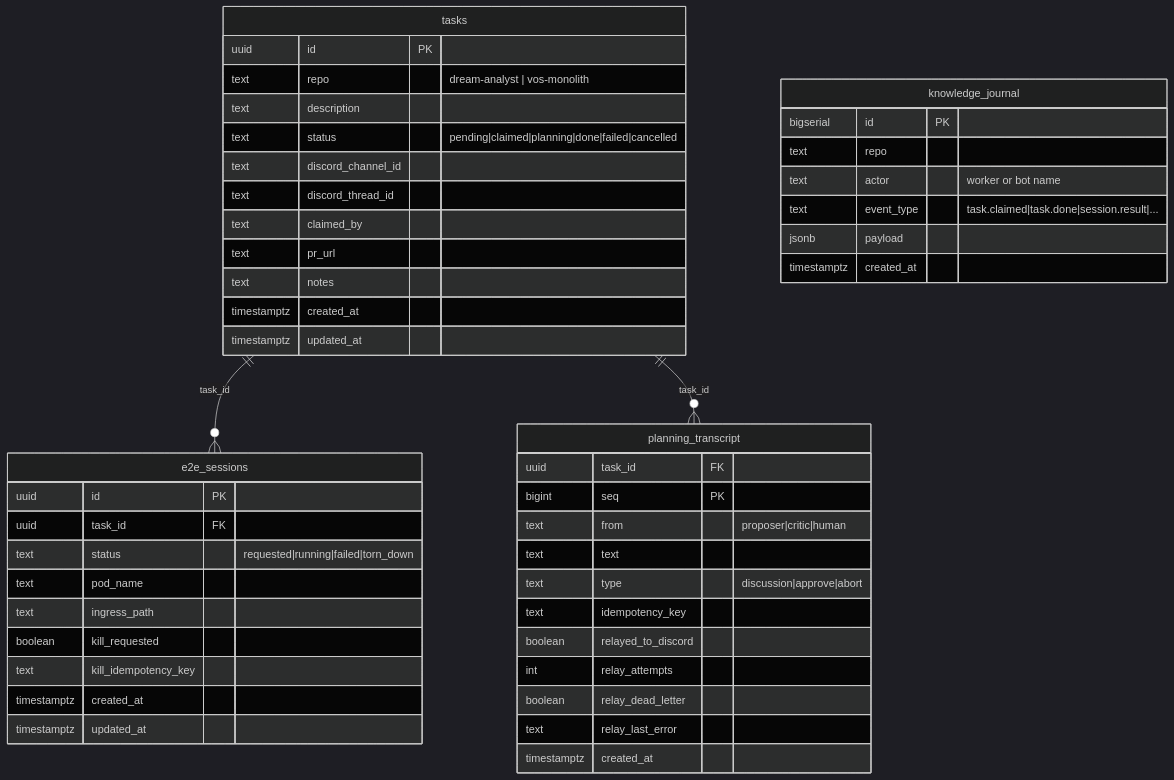
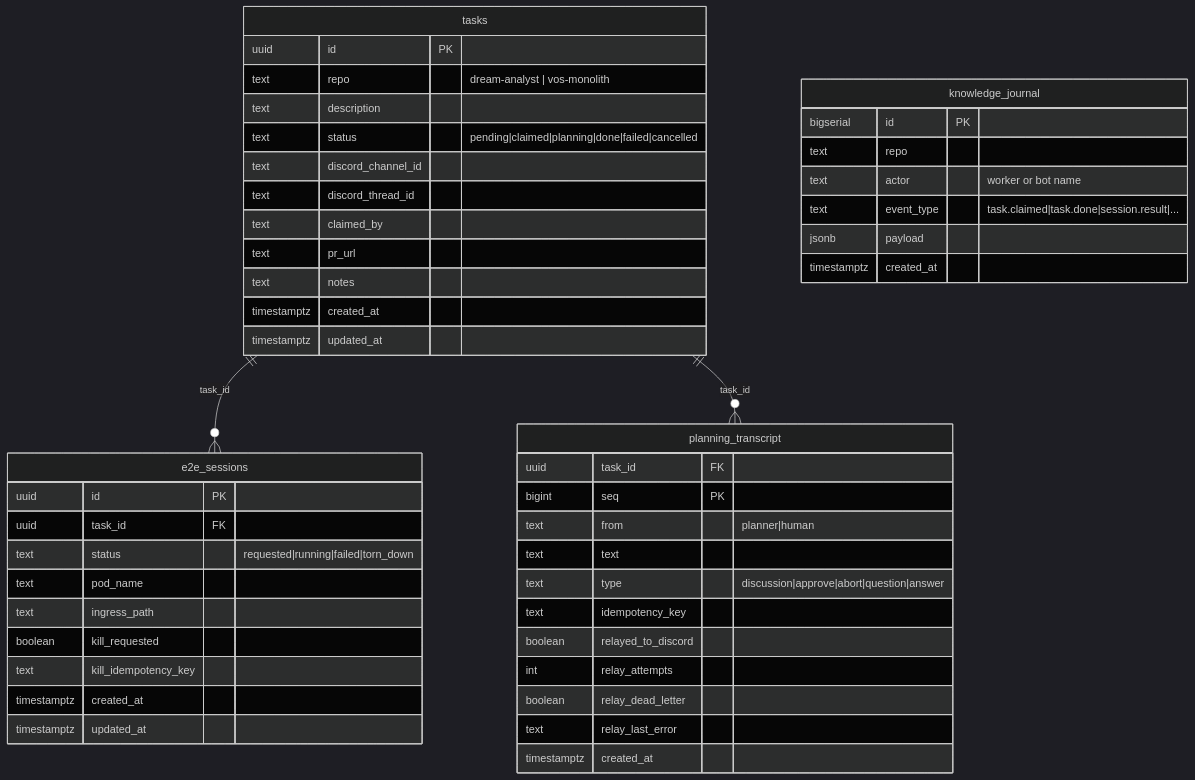
The second of 2 diagrams in docs/ARCHITECTURE.md (MohammadBnei/agent-fleet), drawn with Mermaid (dark theme) before and after one commit. The commit also changed other lines of this file and 48 other files, not shown here.

First line of the commit message:
feat(worker,fleet-core,dashboard): single-session planner + dashboard-answered AskUserQuestion

````diff
--- a/docs/ARCHITECTURE.md
+++ b/docs/ARCHITECTURE.md
@@ -205,50 +222,50 @@
 ```mermaid
 erDiagram
     tasks {
         uuid id PK
         text repo "dream-analyst | vos-monolith"
         text description
         text status "pending|claimed|planning|done|failed|cancelled"
         text discord_channel_id
         text discord_thread_id
         text claimed_by
         text pr_url
         text notes
         timestamptz created_at
         timestamptz updated_at
     }
     knowledge_journal {
         bigserial id PK
         text repo
         text actor "worker or bot name"
         text event_type "task.claimed|task.done|session.result|..."
         jsonb payload
         timestamptz created_at
     }
     e2e_sessions {
         uuid id PK
         uuid task_id FK
         text status "requested|running|failed|torn_down"
         text pod_name
         text ingress_path
         boolean kill_requested
         text kill_idempotency_key
         timestamptz created_at
         timestamptz updated_at
     }
     planning_transcript {
         uuid task_id FK
         bigint seq PK
-        text from "proposer|critic|human"
+        text from "planner|human"
         text text
-        text type "discussion|approve|abort"
+        text type "discussion|approve|abort|question|answer"
         text idempotency_key
         boolean relayed_to_discord
         int relay_attempts
         boolean relay_dead_letter
         text relay_last_error
         timestamptz created_at
     }
     tasks ||--o{ e2e_sessions : "task_id"
     tasks ||--o{ planning_transcript : "task_id"
 ```
````
